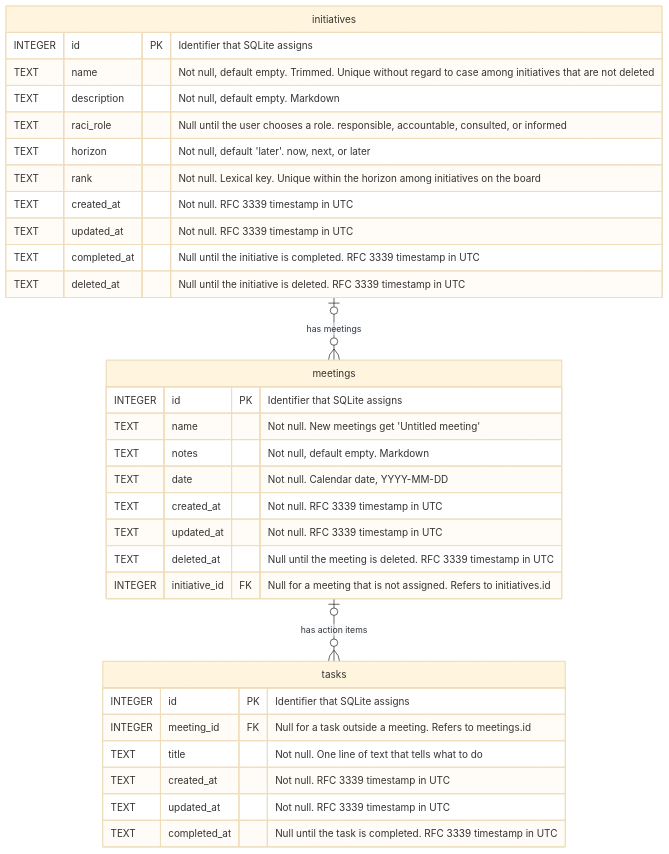
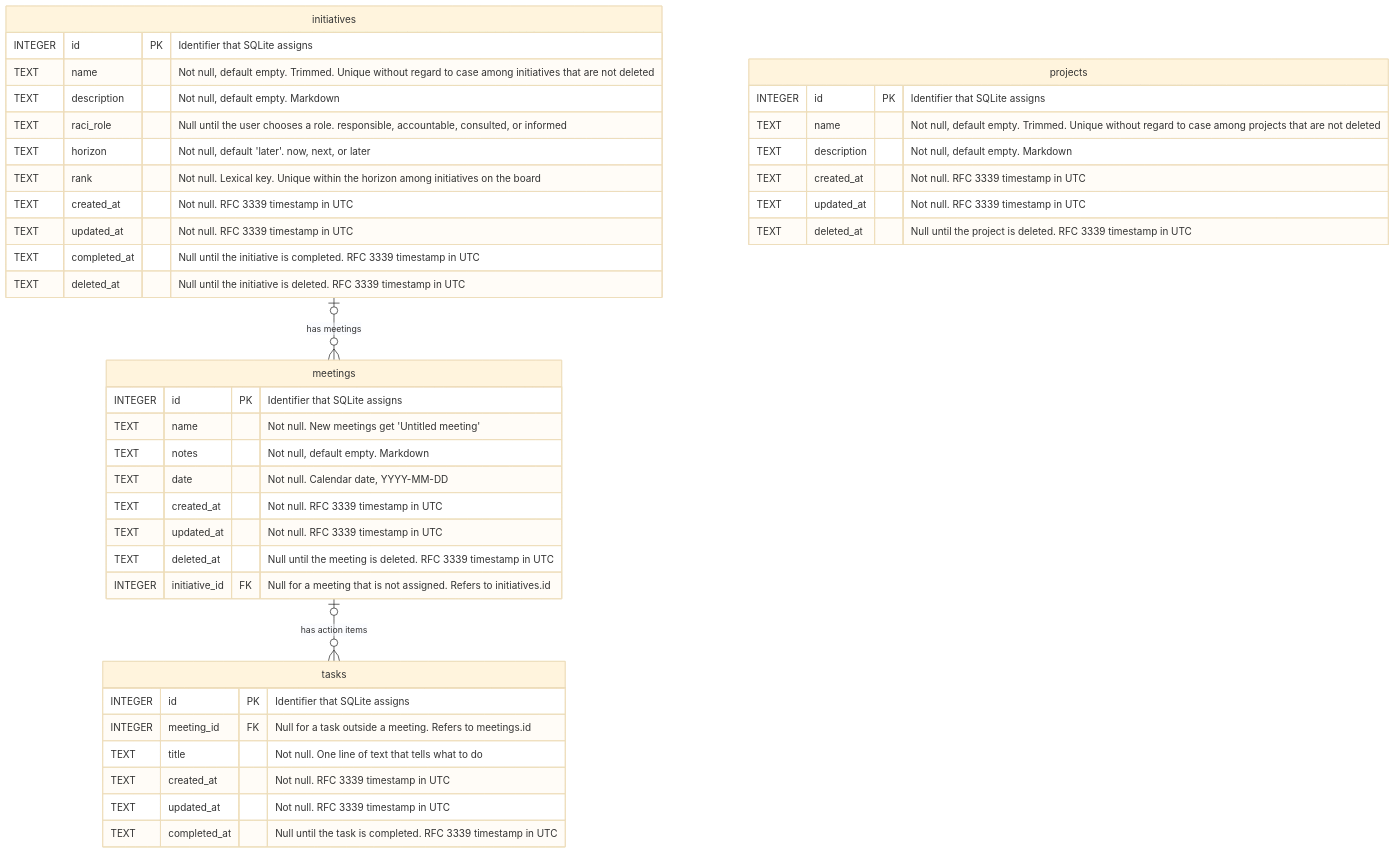
One commit to marclove/gps changed the diagram in docs/data-model.md. Above: the diagram before and after it, drawn with Mermaid (base theme). The commit also changed other lines of this file and 16 other files, not shown here.

````diff
--- a/docs/data-model.md
+++ b/docs/data-model.md
@@ -5,35 +5,43 @@
 ```mermaid
 erDiagram
     meetings {
         INTEGER id PK "Identifier that SQLite assigns"
         TEXT name "Not null. New meetings get 'Untitled meeting'"
         TEXT notes "Not null, default empty. Markdown"
         TEXT date "Not null. Calendar date, YYYY-MM-DD"
         TEXT created_at "Not null. RFC 3339 timestamp in UTC"
         TEXT updated_at "Not null. RFC 3339 timestamp in UTC"
         TEXT deleted_at "Null until the meeting is deleted. RFC 3339 timestamp in UTC"
         INTEGER initiative_id FK "Null for a meeting that is not assigned. Refers to initiatives.id"
     }
     tasks {
         INTEGER id PK "Identifier that SQLite assigns"
         INTEGER meeting_id FK "Null for a task outside a meeting. Refers to meetings.id"
         TEXT title "Not null. One line of text that tells what to do"
         TEXT created_at "Not null. RFC 3339 timestamp in UTC"
         TEXT updated_at "Not null. RFC 3339 timestamp in UTC"
         TEXT completed_at "Null until the task is completed. RFC 3339 timestamp in UTC"
     }
     initiatives {
         INTEGER id PK "Identifier that SQLite assigns"
         TEXT name "Not null, default empty. Trimmed. Unique without regard to case among initiatives that are not deleted"
         TEXT description "Not null, default empty. Markdown"
         TEXT raci_role "Null until the user chooses a role. responsible, accountable, consulted, or informed"
         TEXT horizon "Not null, default 'later'. now, next, or later"
         TEXT rank "Not null. Lexical key. Unique within the horizon among initiatives on the board"
         TEXT created_at "Not null. RFC 3339 timestamp in UTC"
         TEXT updated_at "Not null. RFC 3339 timestamp in UTC"
         TEXT completed_at "Null until the initiative is completed. RFC 3339 timestamp in UTC"
         TEXT deleted_at "Null until the initiative is deleted. RFC 3339 timestamp in UTC"
     }
+    projects {
+        INTEGER id PK "Identifier that SQLite assigns"
+        TEXT name "Not null, default empty. Trimmed. Unique without regard to case among projects that are not deleted"
+        TEXT description "Not null, default empty. Markdown"
+        TEXT created_at "Not null. RFC 3339 timestamp in UTC"
+        TEXT updated_at "Not null. RFC 3339 timestamp in UTC"
+        TEXT deleted_at "Null until the project is deleted. RFC 3339 timestamp in UTC"
+    }
     meetings |o--o{ tasks : "has action items"
     initiatives |o--o{ meetings : "has meetings"
 ```
````
